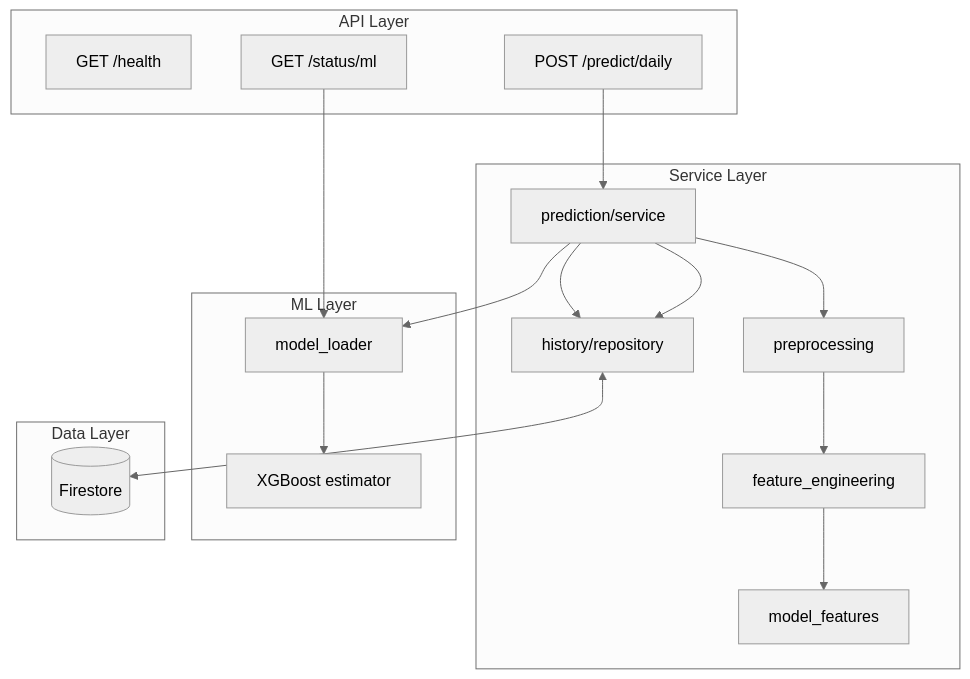
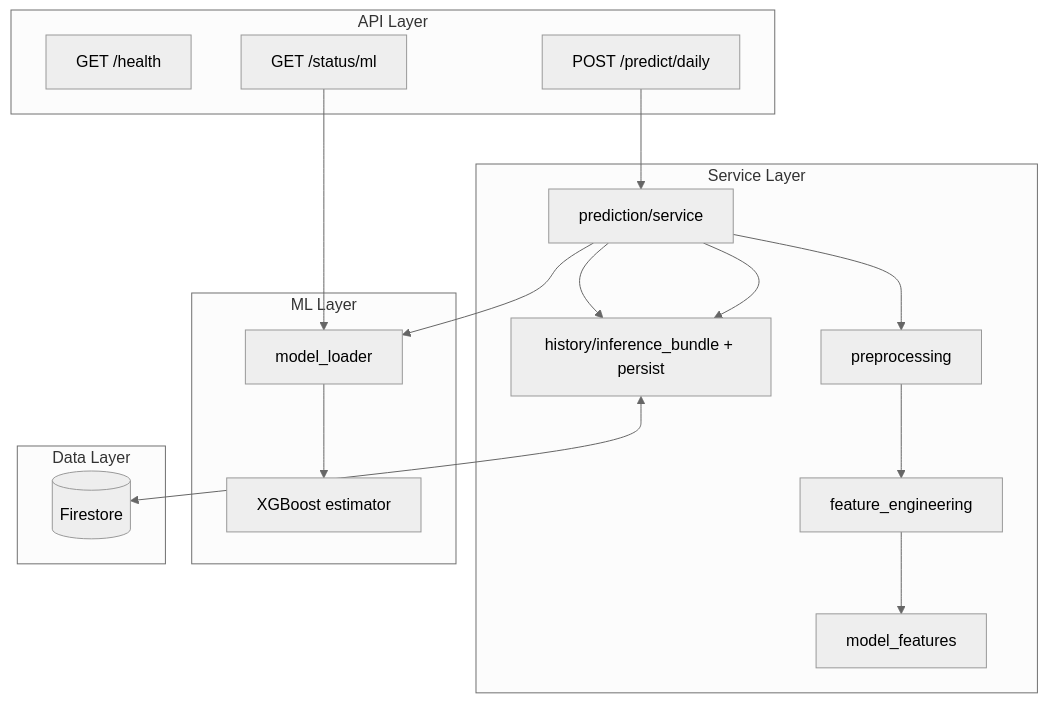
One commit to yahav97/final_project_AthleAgent changed the second of 6 diagrams in backend/docs/HLD.md. Above: the diagram before and after it, drawn with Mermaid (neutral theme). The commit also changed other lines of this file and 18 other files, not shown here.

````diff
--- a/backend/docs/HLD.md
+++ b/backend/docs/HLD.md
@@ -51,36 +51,36 @@
 ```mermaid
 flowchart TB
     subgraph HTTP["API Layer"]
         Health["GET /health"]
         Predict["POST /predict/daily"]
         Status["GET /status/ml"]
     end
 
     subgraph Services["Service Layer"]
         PS[prediction/service]
-        HS[history/repository]
+        HS[history/inference_bundle + persist]
         PP[preprocessing]
         FE[feature_engineering]
         MF[model_features]
     end
 
     subgraph ML["ML Layer"]
         ML_L[model_loader]
         XGB[XGBoost estimator]
     end
 
     subgraph Data["Data Layer"]
         FS[(Firestore)]
     end
 
     Predict --> PS
     PS --> HS
     PS --> PP
     PP --> FE
     FE --> MF
     PS --> ML_L
     ML_L --> XGB
     HS <--> FS
     PS --> HS
     Status --> ML_L
 ```
````
